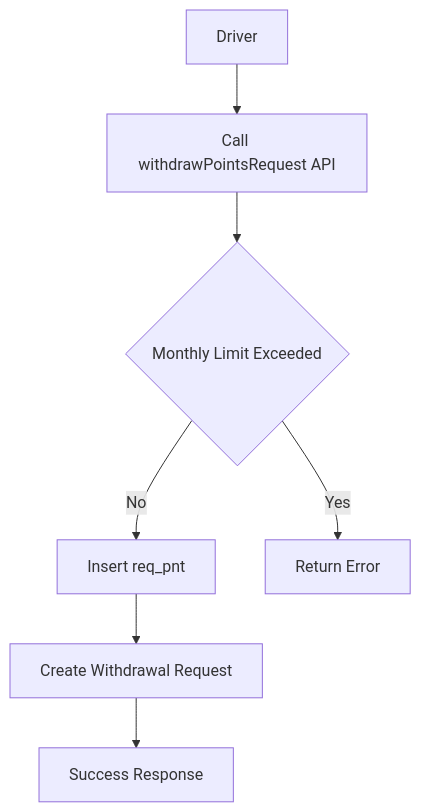
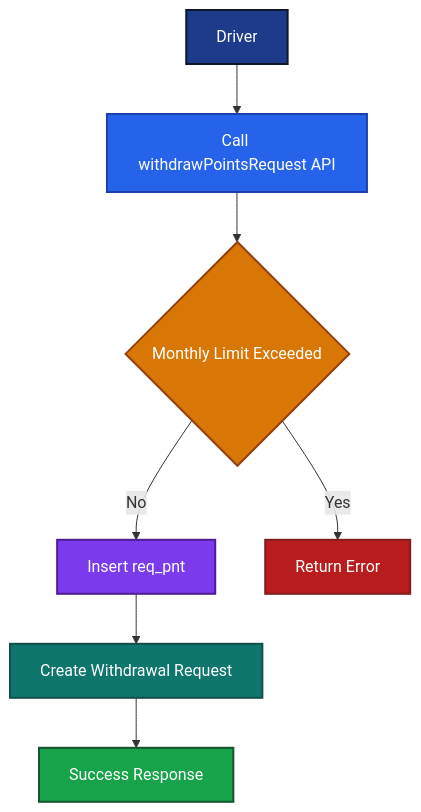
Before and after one commit to KSW-IT/point-flow-documentation: the third of 6 diagrams in Point_Flow.md, drawn with Mermaid. The commit also changed other lines of this file, not shown here.

````diff
--- a/Point_Flow.md
+++ b/Point_Flow.md
@@ -196,16 +215,25 @@
 ```mermaid
 flowchart TD
 
     A[Driver]
     --> B[Call withdrawPointsRequest API]
 
     B --> C{Monthly Limit Exceeded}
 
     C -->|No| D[Insert req_pnt]
 
     D --> E[Create Withdrawal Request]
 
     E --> F[Success Response]
 
     C -->|Yes| G[Return Error]
+
+    %% Styles
+    style A fill:#1E3A8A,color:#ffffff,stroke:#0F172A,stroke-width:2px
+    style B fill:#2563EB,color:#ffffff,stroke:#1E40AF,stroke-width:2px
+    style C fill:#D97706,color:#ffffff,stroke:#92400E,stroke-width:2px
+    style D fill:#7C3AED,color:#ffffff,stroke:#4C1D95,stroke-width:2px
+    style E fill:#0F766E,color:#ffffff,stroke:#134E4A,stroke-width:2px
+    style F fill:#16A34A,color:#ffffff,stroke:#14532D,stroke-width:2px
+    style G fill:#B91C1C,color:#ffffff,stroke:#7F1D1D,stroke-width:2px
 ```
````
